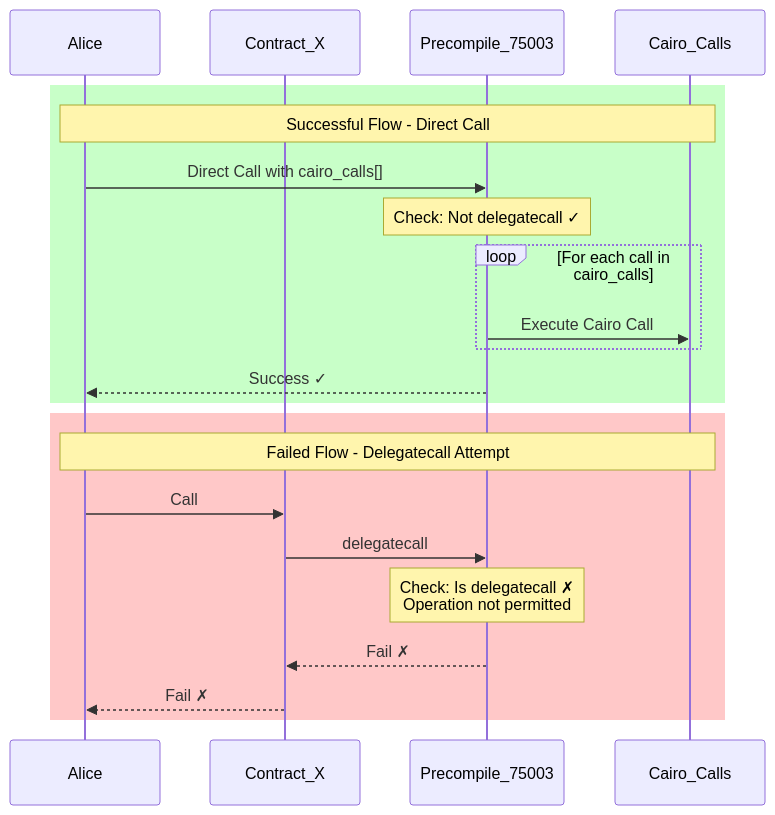
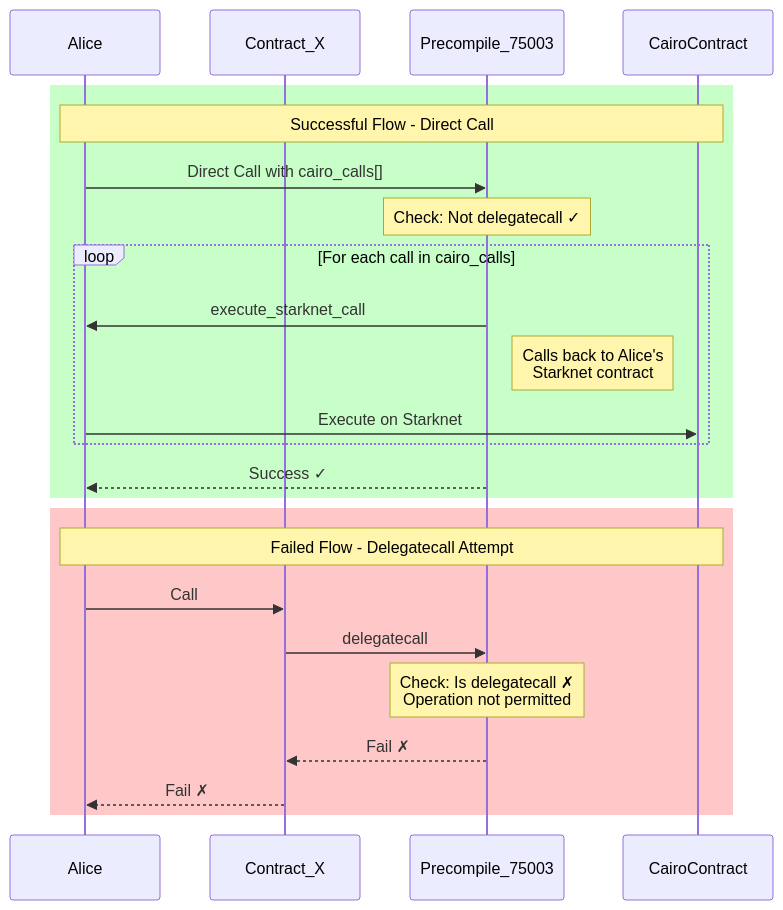
Before and after one commit to kkrt-labs/kakarot: the third of 4 diagrams in docs/general/cairo_precompiles.md, drawn with Mermaid.

Commit message:
keep alice context in execute starknet call doc

````diff
--- a/docs/general/cairo_precompiles.md
+++ b/docs/general/cairo_precompiles.md
@@ -159,29 +159,30 @@
 ```mermaid
 sequenceDiagram
     participant Alice
     participant Contract_X
     participant Precompile_75003
-    participant Cairo_Calls
+    participant CairoContract
 
     rect rgb(200, 255, 200)
-        Note over Alice,Cairo_Calls: Successful Flow - Direct Call
+        Note over Alice,CairoContract: Successful Flow - Direct Call
         Alice->>Precompile_75003: Direct Call with cairo_calls[]
         Note over Precompile_75003: Check: Not delegatecall ✓
 
         loop For each call in cairo_calls
-            Precompile_75003->>Cairo_Calls: Execute Cairo Call
-
+            Precompile_75003->>Alice: execute_starknet_call
+            Note right of Precompile_75003: Calls back to Alice's<br/>Starknet contract
+            Alice->>CairoContract: Execute on Starknet
         end
 
         Precompile_75003-->>Alice: Success ✓
     end
 
     rect rgb(255, 200, 200)
-        Note over Alice,Cairo_Calls: Failed Flow - Delegatecall Attempt
+        Note over Alice,CairoContract: Failed Flow - Delegatecall Attempt
         Alice->>Contract_X: Call
         Contract_X->>Precompile_75003: delegatecall
         Note over Precompile_75003: Check: Is delegatecall ✗<br/>Operation not permitted
         Precompile_75003-->>Contract_X: Fail ✗
         Contract_X-->>Alice: Fail ✗
     end
 ```
````
